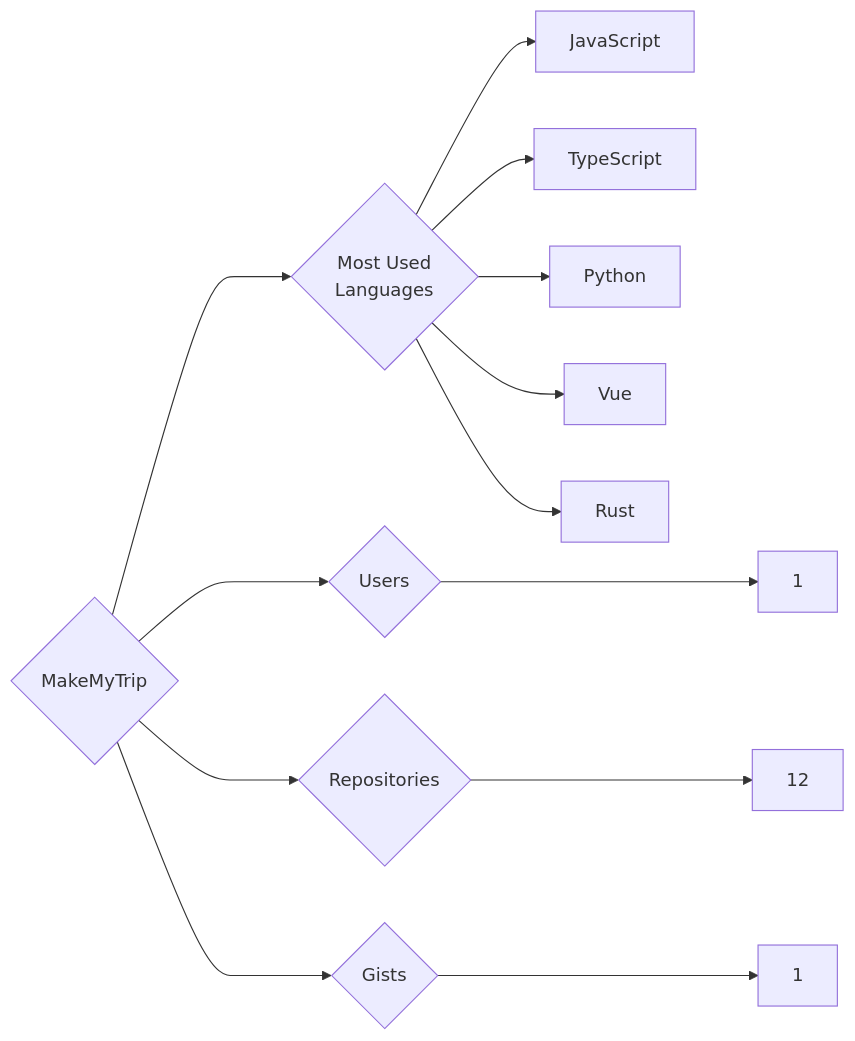
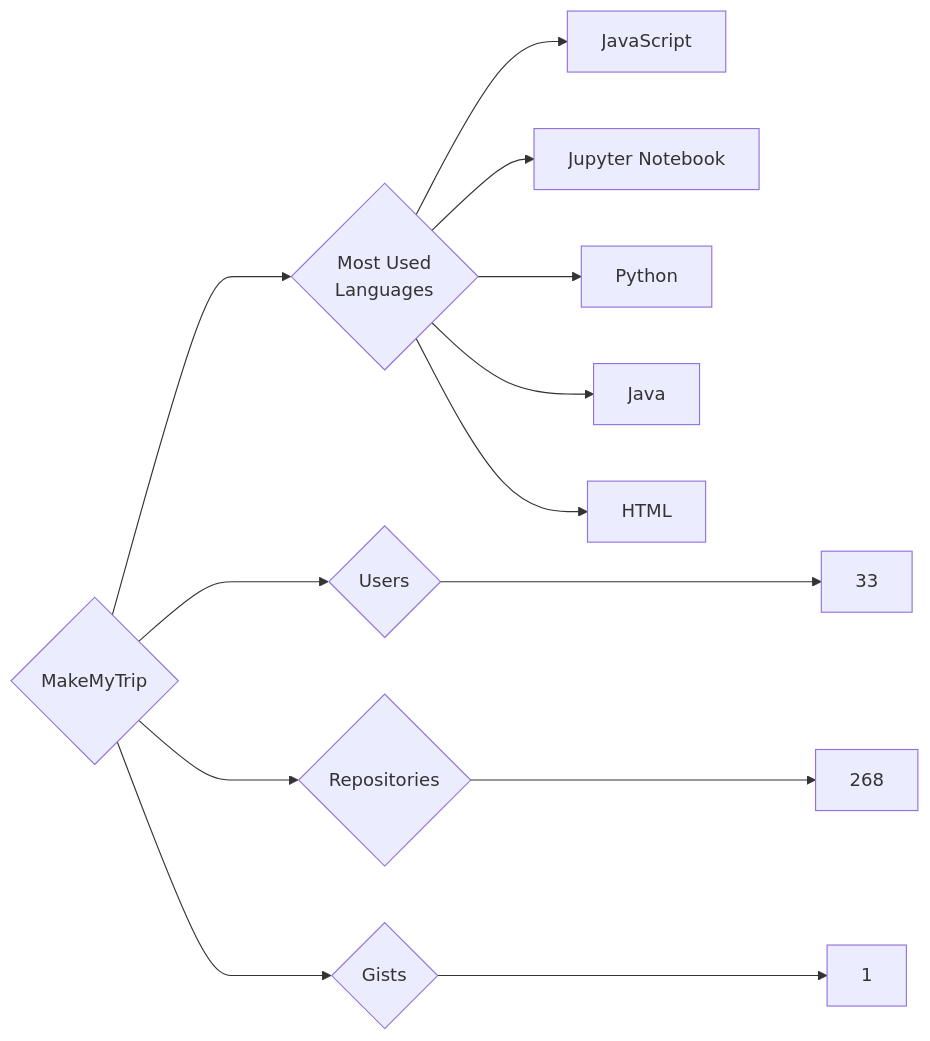
The diagram in targets/MakeMyTrip/README.md (trickest/insiders), drawn with Mermaid before and after one commit. The commit also changed 888 other files, not shown here.

````diff
--- a/targets/MakeMyTrip/README.md
+++ b/targets/MakeMyTrip/README.md
@@ -3,13 +3,13 @@
 ```mermaid
 graph LR
 COMPANY_NAME{MakeMyTrip}
-COMPANY_NAME ---> U{Users} ---> UN[1]
-COMPANY_NAME ---> R{Repositories} ---> RN[12]
+COMPANY_NAME ---> U{Users} ---> UN[33]
+COMPANY_NAME ---> R{Repositories} ---> RN[268]
 COMPANY_NAME ---> G{Gists} ---> GN[1]
 COMPANY_NAME ---> ML{Most Used<br>Languages}
 ML --> JavaScript[JavaScript]
-ML --> TypeScript[TypeScript]
+ML --> Jupyter_Notebook[Jupyter Notebook]
 ML --> Python[Python]
-ML --> Vue[Vue]
-ML --> Rust[Rust]
+ML --> Java[Java]
+ML --> HTML[HTML]
 ```
````
